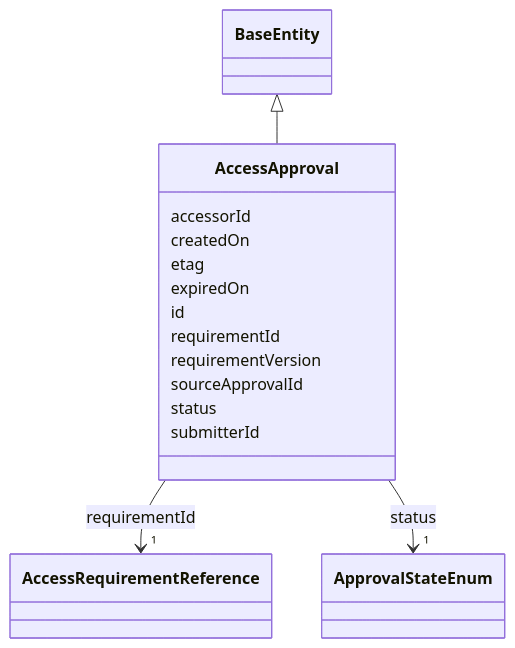
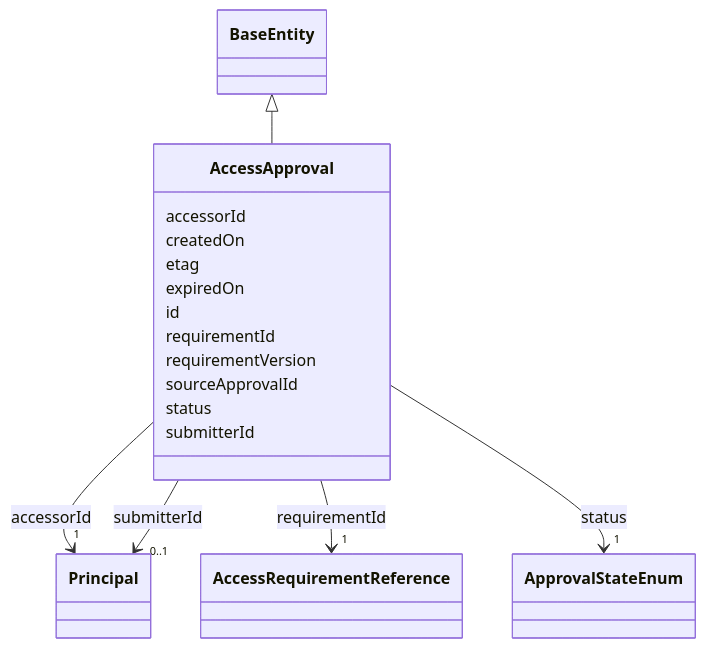
The diagram in docs/reference/classes/AccessApproval.md (mc2-center/governanceDUO), drawn with Mermaid before and after one commit. The commit also changed other lines of this file and 39 other files, not shown here.

````diff
--- a/docs/reference/classes/AccessApproval.md
+++ b/docs/reference/classes/AccessApproval.md
@@ -25,47 +25,65 @@
 ```mermaid
  classDiagram
     class AccessApproval
     click AccessApproval href "../../classes/AccessApproval/"
       BaseEntity <|-- AccessApproval
         click BaseEntity href "../../classes/BaseEntity/"
       
       AccessApproval : accessorId
+        
+          
+    
+        
+        
+        AccessApproval --> "1" Principal : accessorId
+        click Principal href "../../classes/Principal/"
+    
+
         
       AccessApproval : createdOn
         
       AccessApproval : etag
         
       AccessApproval : expiredOn
         
       AccessApproval : id
         
       AccessApproval : requirementId
         
           
     
         
         
         AccessApproval --> "1" AccessRequirementReference : requirementId
         click AccessRequirementReference href "../../classes/AccessRequirementReference/"
     
 
         
       AccessApproval : requirementVersion
         
       AccessApproval : sourceApprovalId
         
       AccessApproval : status
         
           
     
         
         
         AccessApproval --> "1" ApprovalStateEnum : status
         click ApprovalStateEnum href "../../enums/ApprovalStateEnum/"
     
 
         
       AccessApproval : submitterId
         
+          
+    
+        
+        
+        AccessApproval --> "0..1" Principal : submitterId
+        click Principal href "../../classes/Principal/"
+    
+
+        
       
 ```
````
